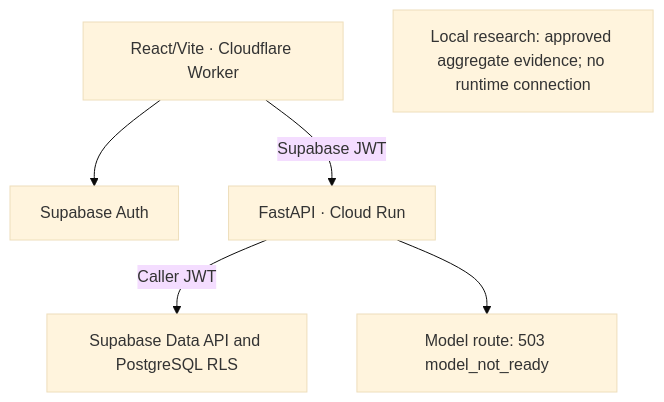
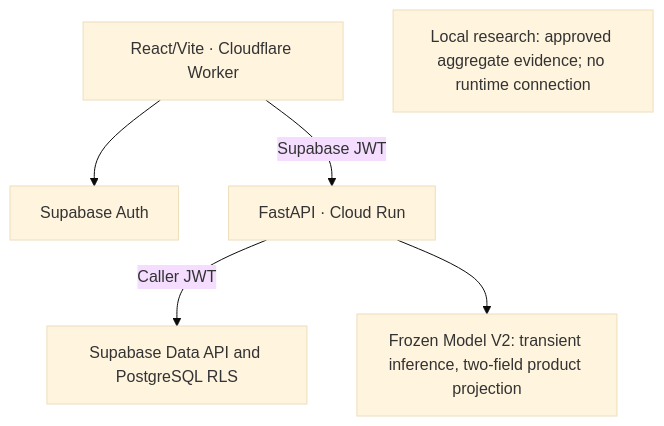
Before and after one commit to AI-HealthCare-05/AH_05_07: the first of 4 diagrams in docs/architecture.md, drawn with Mermaid (base theme). The commit also changed other lines of this file and 8 other files, not shown here.

First line of the commit message:
docs(architecture): establish shared engineering contracts for parallel workstreams (#364)

````diff
--- a/docs/architecture.md
+++ b/docs/architecture.md
@@ -21,8 +21,8 @@
 ```mermaid
 flowchart TD
     UI["React/Vite · Cloudflare Worker"] --> AUTH["Supabase Auth"]
     UI -->|"Supabase JWT"| API["FastAPI · Cloud Run"]
     API -->|"Caller JWT"| DB["Supabase Data API and PostgreSQL RLS"]
-    API --> BLOCK["Model route: 503 model_not_ready"]
+    API --> MODEL["Frozen Model V2: transient inference, two-field product projection"]
     RESEARCH["Local research: approved aggregate evidence; no runtime connection"]
 ```
````
